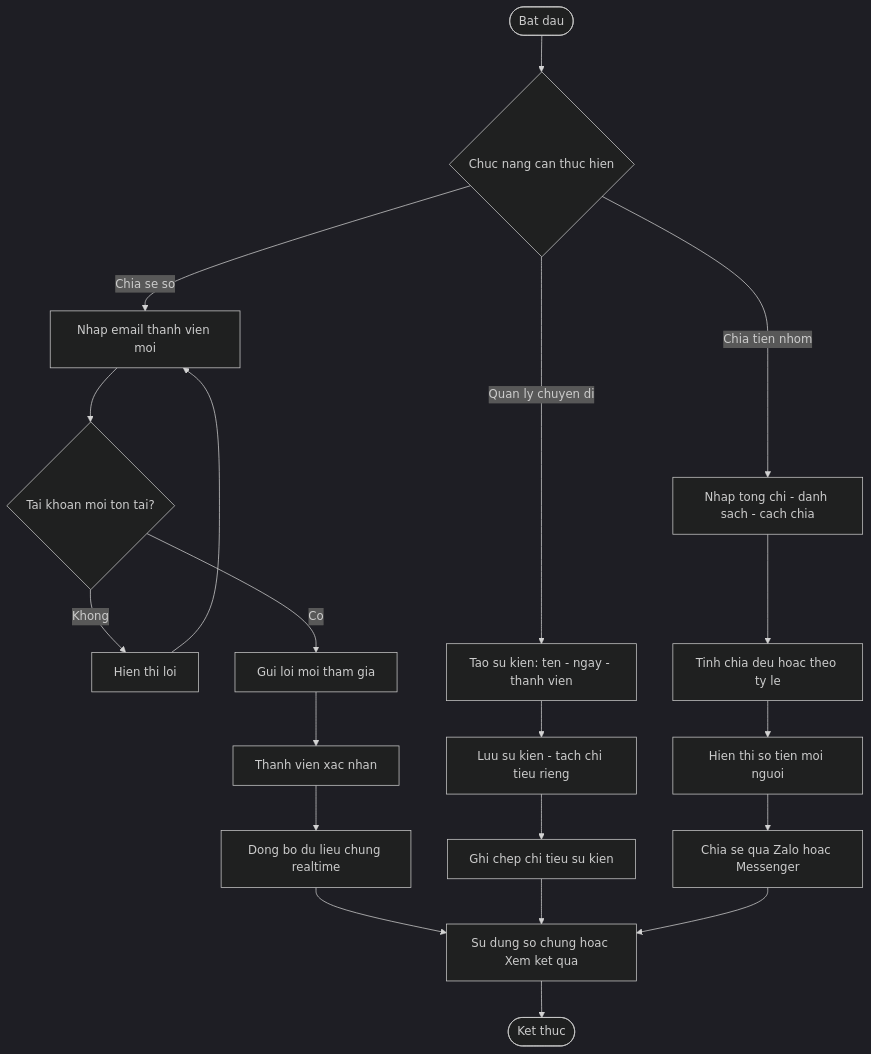
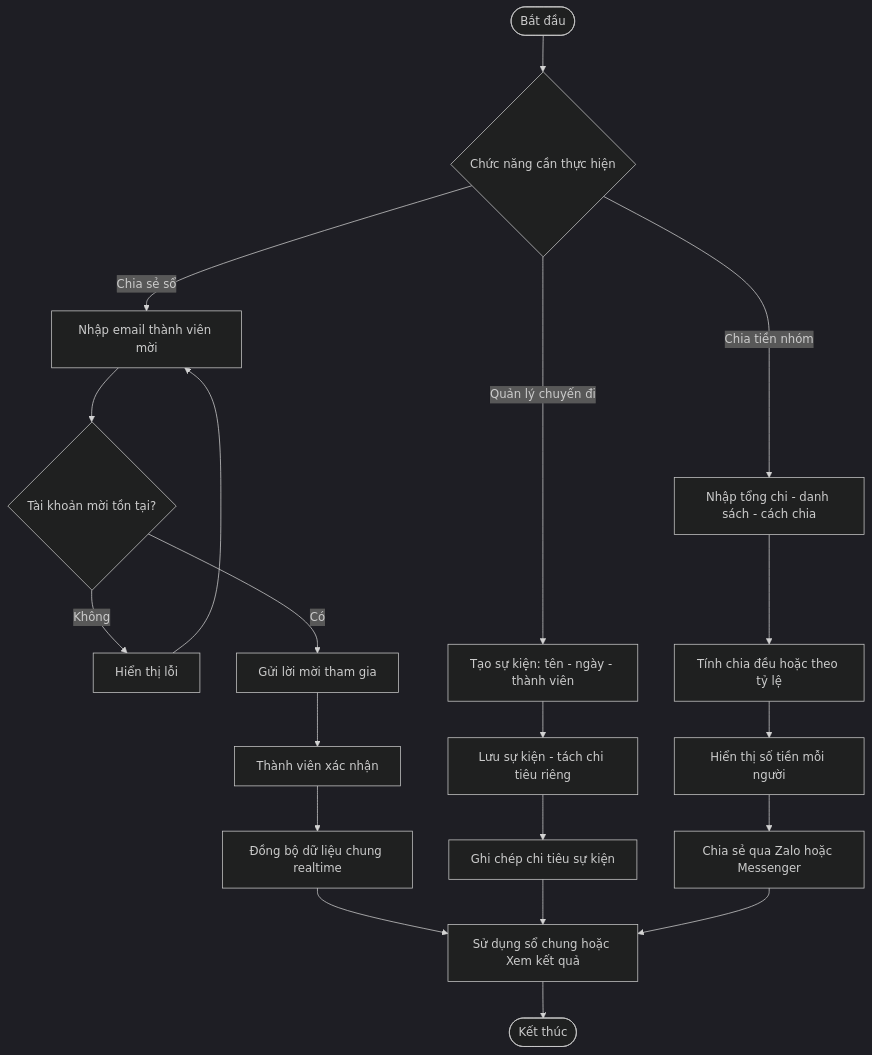
The tenth of 10 diagrams in Nghiên cứu MISA MoneyKeeper.md (Hieu-vn/Graduation-Thesis), drawn with Mermaid (dark theme) before and after one commit. The commit also changed other lines of this file, not shown here.

````diff
--- a/Nghiên cứu MISA MoneyKeeper.md
+++ b/Nghiên cứu MISA MoneyKeeper.md
@@ -302,21 +302,21 @@
 ```mermaid
 flowchart TD
-    A([Bat dau]) --> B{Chuc nang can thuc hien}
-    B -->|Chia se so| C[Nhap email thanh vien moi]
-    C --> F{Tai khoan moi ton tai?}
-    F -->|Khong| F2[Hien thi loi] --> C
-    F -->|Co| G[Gui loi moi tham gia]
-    G --> G2[Thanh vien xac nhan]
-    G2 --> H[Dong bo du lieu chung realtime]
-    H --> L[Su dung so chung hoac Xem ket qua]
-    B -->|Quan ly chuyen di| D[Tao su kien: ten - ngay - thanh vien]
-    D --> I[Luu su kien - tach chi tieu rieng]
-    I --> I2[Ghi chep chi tieu su kien]
+    A([Bắt đầu]) --> B{Chức năng cần thực hiện}
+    B -->|Chia sẻ sổ| C[Nhập email thành viên mời]
+    C --> F{Tài khoản mời tồn tại?}
+    F -->|Không| F2[Hiển thị lỗi] --> C
+    F -->|Có| G[Gửi lời mời tham gia]
+    G --> G2[Thành viên xác nhận]
+    G2 --> H[Đồng bộ dữ liệu chung realtime]
+    H --> L[Sử dụng sổ chung hoặc Xem kết quả]
+    B -->|Quản lý chuyến đi| D[Tạo sự kiện: tên - ngày - thành viên]
+    D --> I[Lưu sự kiện - tách chi tiêu riêng]
+    I --> I2[Ghi chép chi tiêu sự kiện]
     I2 --> L
-    B -->|Chia tien nhom| E[Nhap tong chi - danh sach - cach chia]
-    E --> J[Tinh chia deu hoac theo ty le]
-    J --> K[Hien thi so tien moi nguoi]
-    K --> K2[Chia se qua Zalo hoac Messenger]
+    B -->|Chia tiền nhóm| E[Nhập tổng chi - danh sách - cách chia]
+    E --> J[Tính chia đều hoặc theo tỷ lệ]
+    J --> K[Hiển thị số tiền mỗi người]
+    K --> K2[Chia sẻ qua Zalo hoặc Messenger]
     K2 --> L
-    L --> M([Ket thuc])
+    L --> M([Kết thúc])
 ```
````
